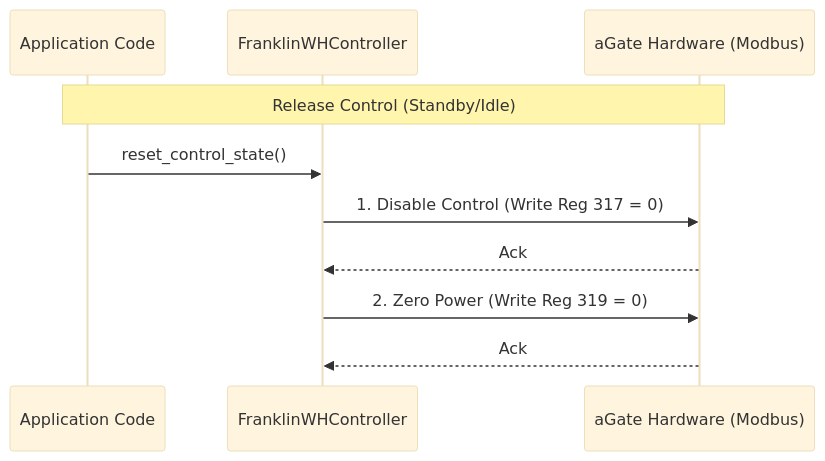
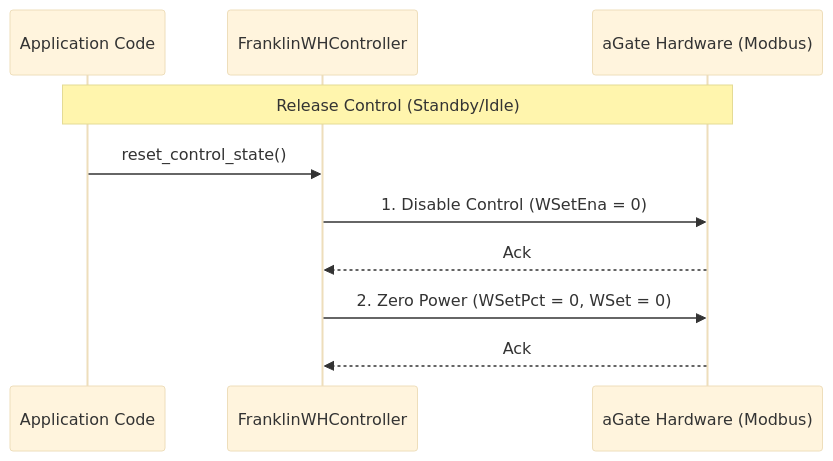
Before and after one commit to balloobbot/franklinwh-modbus: the second of 3 diagrams in docs/ORCHESTRATION_AND_CONTROL.md, drawn with Mermaid (base theme). The commit also changed other lines of this file and 2 other files, not shown here.

````diff
--- a/docs/ORCHESTRATION_AND_CONTROL.md
+++ b/docs/ORCHESTRATION_AND_CONTROL.md
@@ -46,16 +45,16 @@
 ```mermaid
 sequenceDiagram
     participant App as Application Code
     participant Ctrl as FranklinWHController
     participant H as aGate Hardware (Modbus)
 
     Note over App, H: Release Control (Standby/Idle)
 
     App->>Ctrl: reset_control_state()
     
-    Ctrl->>H: 1. Disable Control (Write Reg 317 = 0)
+    Ctrl->>H: 1. Disable Control (WSetEna = 0)
     H-->>Ctrl: Ack
 
-    Ctrl->>H: 2. Zero Power (Write Reg 319 = 0)
+    Ctrl->>H: 2. Zero Power (WSetPct = 0, WSet = 0)
     H-->>Ctrl: Ack
 ```
````
